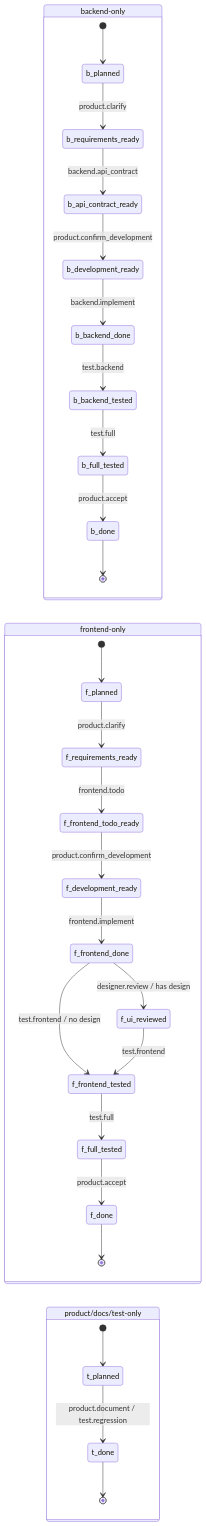
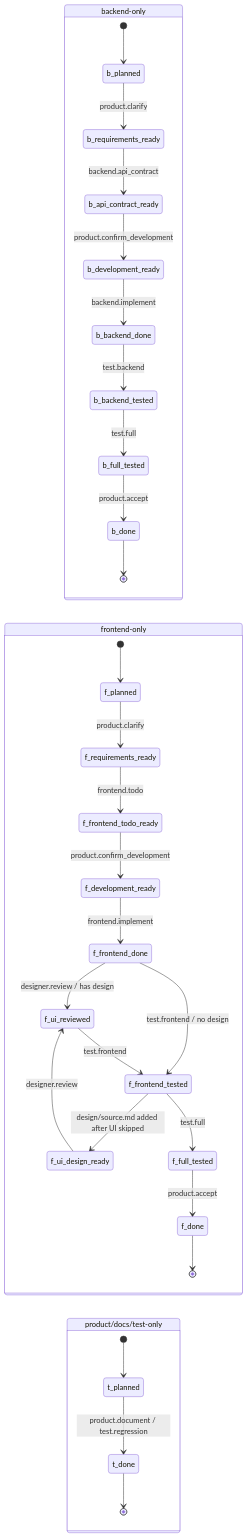
The fifth of 6 diagrams in docs/ARCHITECTURE.md (Jasmine-dong/skill_flow), drawn with Mermaid before and after one commit. The commit also changed other lines of this file and 9 other files, not shown here.

````diff
--- a/docs/ARCHITECTURE.md
+++ b/docs/ARCHITECTURE.md
@@ -173,36 +177,38 @@
 ```mermaid
 stateDiagram-v2
   direction LR
 
   state "backend-only" as BackendOnly {
     [*] --> b_planned
     b_planned --> b_requirements_ready: product.clarify
     b_requirements_ready --> b_api_contract_ready: backend.api_contract
     b_api_contract_ready --> b_development_ready: product.confirm_development
     b_development_ready --> b_backend_done: backend.implement
     b_backend_done --> b_backend_tested: test.backend
     b_backend_tested --> b_full_tested: test.full
     b_full_tested --> b_done: product.accept
     b_done --> [*]
   }
 
   state "frontend-only" as FrontendOnly {
     [*] --> f_planned
     f_planned --> f_requirements_ready: product.clarify
     f_requirements_ready --> f_frontend_todo_ready: frontend.todo
     f_frontend_todo_ready --> f_development_ready: product.confirm_development
     f_development_ready --> f_frontend_done: frontend.implement
     f_frontend_done --> f_ui_reviewed: designer.review / has design
     f_frontend_done --> f_frontend_tested: test.frontend / no design
+    f_frontend_tested --> f_ui_design_ready: design/source.md added after UI skipped
+    f_ui_design_ready --> f_ui_reviewed: designer.review
     f_ui_reviewed --> f_frontend_tested: test.frontend
     f_frontend_tested --> f_full_tested: test.full
     f_full_tested --> f_done: product.accept
     f_done --> [*]
   }
 
   state "product/docs/test-only" as TinyFlows {
     [*] --> t_planned
     t_planned --> t_done: product.document / test.regression
     t_done --> [*]
   }
 ```
````
